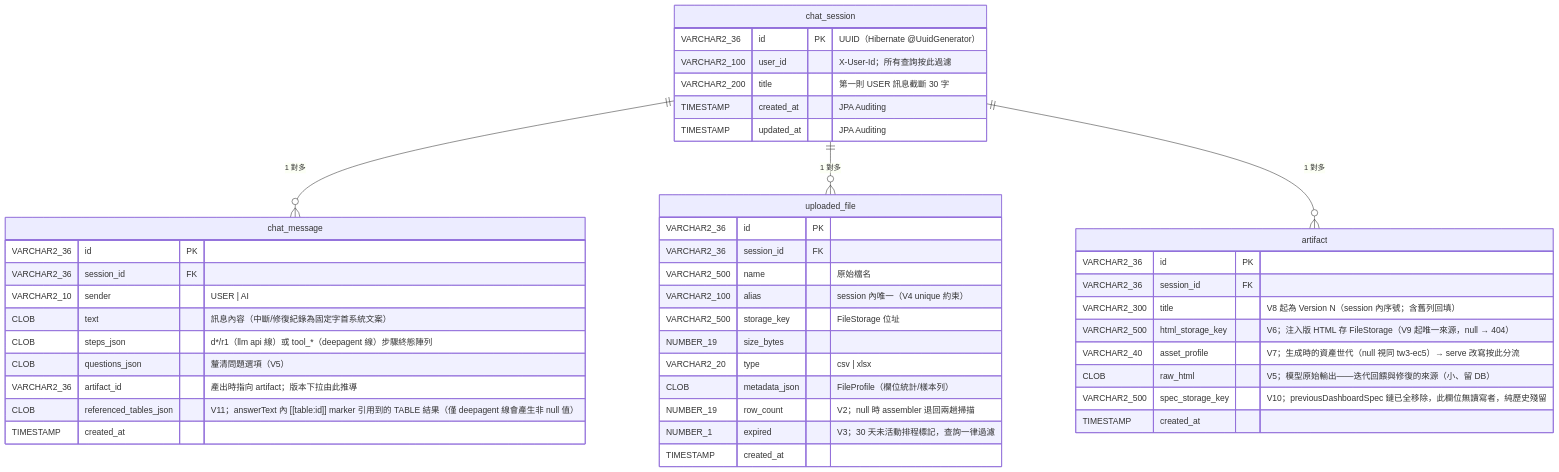
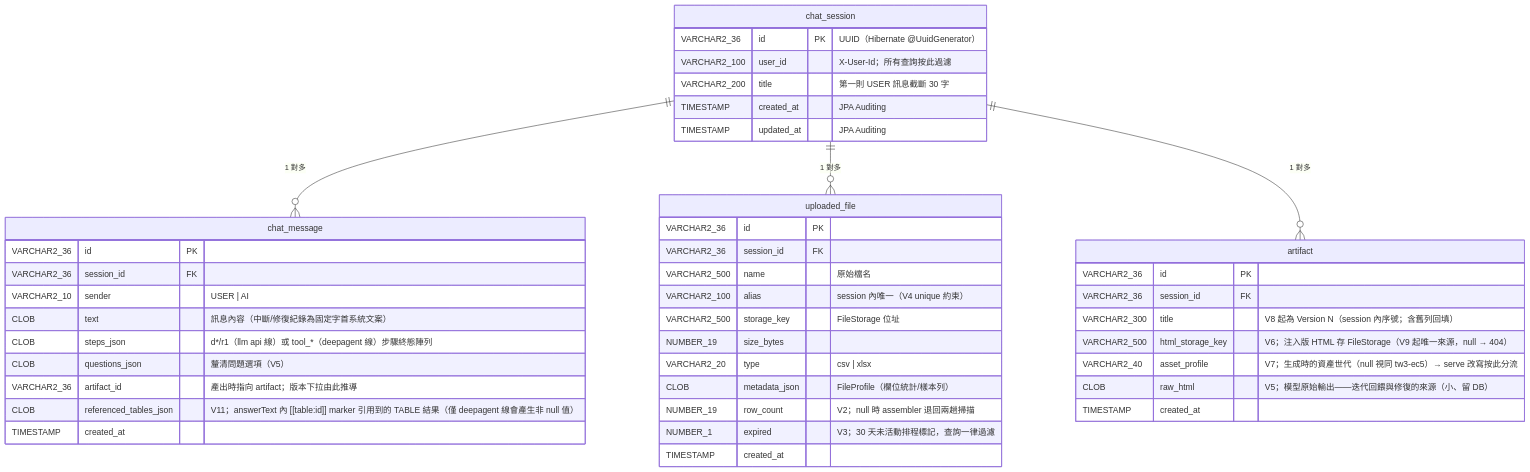
Before and after one commit to Michelle12369/cowork: the fourth of 4 diagrams in docs/architecture.md, drawn with Mermaid. The commit also changed other lines of this file and 2 other files, not shown here.

First line of the commit message:
chore(db): drop the dead artifact.spec_storage_key column

````diff
--- a/docs/architecture.md
+++ b/docs/architecture.md
@@ -415,48 +415,47 @@
 ```mermaid
 erDiagram
     chat_session ||--o{ chat_message : "1 對多"
     chat_session ||--o{ uploaded_file : "1 對多"
     chat_session ||--o{ artifact : "1 對多"
 
     chat_session {
         VARCHAR2_36 id PK "UUID（Hibernate @UuidGenerator）"
         VARCHAR2_100 user_id "X-User-Id；所有查詢按此過濾"
         VARCHAR2_200 title "第一則 USER 訊息截斷 30 字"
         TIMESTAMP created_at "JPA Auditing"
         TIMESTAMP updated_at "JPA Auditing"
     }
     chat_message {
         VARCHAR2_36 id PK
         VARCHAR2_36 session_id FK
         VARCHAR2_10 sender "USER | AI"
         CLOB text "訊息內容（中斷/修復紀錄為固定字首系統文案）"
         CLOB steps_json "d*/r1（llm api 線）或 tool_*（deepagent 線）步驟終態陣列"
         CLOB questions_json "釐清問題選項（V5）"
         VARCHAR2_36 artifact_id "產出時指向 artifact；版本下拉由此推導"
         CLOB referenced_tables_json "V11；answerText 內 [[table:id]] marker 引用到的 TABLE 結果（僅 deepagent 線會產生非 null 值）"
         TIMESTAMP created_at
     }
     uploaded_file {
         VARCHAR2_36 id PK
         VARCHAR2_36 session_id FK
         VARCHAR2_500 name "原始檔名"
         VARCHAR2_100 alias "session 內唯一（V4 unique 約束）"
         VARCHAR2_500 storage_key "FileStorage 位址"
         NUMBER_19 size_bytes
         VARCHAR2_20 type "csv | xlsx"
         CLOB metadata_json "FileProfile（欄位統計/樣本列）"
         NUMBER_19 row_count "V2；null 時 assembler 退回兩趟掃描"
         NUMBER_1 expired "V3；30 天未活動排程標記，查詢一律過濾"
         TIMESTAMP created_at
     }
     artifact {
         VARCHAR2_36 id PK
         VARCHAR2_36 session_id FK
         VARCHAR2_300 title "V8 起為 Version N（session 內序號；含舊列回填）"
         VARCHAR2_500 html_storage_key "V6；注入版 HTML 存 FileStorage（V9 起唯一來源，null → 404）"
         VARCHAR2_40 asset_profile "V7；生成時的資產世代（null 視同 tw3-ec5）→ serve 改寫按此分流"
         CLOB raw_html "V5；模型原始輸出——迭代回餵與修復的來源（小、留 DB）"
-        VARCHAR2_500 spec_storage_key "V10；previousDashboardSpec 鏈已全移除，此欄位無讀寫者，純歷史殘留"
         TIMESTAMP created_at
     }
 ```
````
